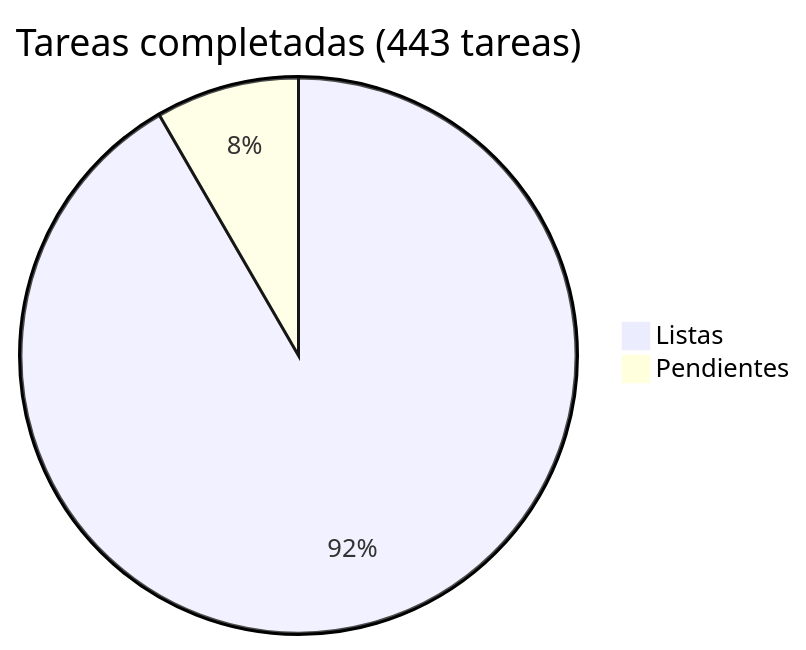
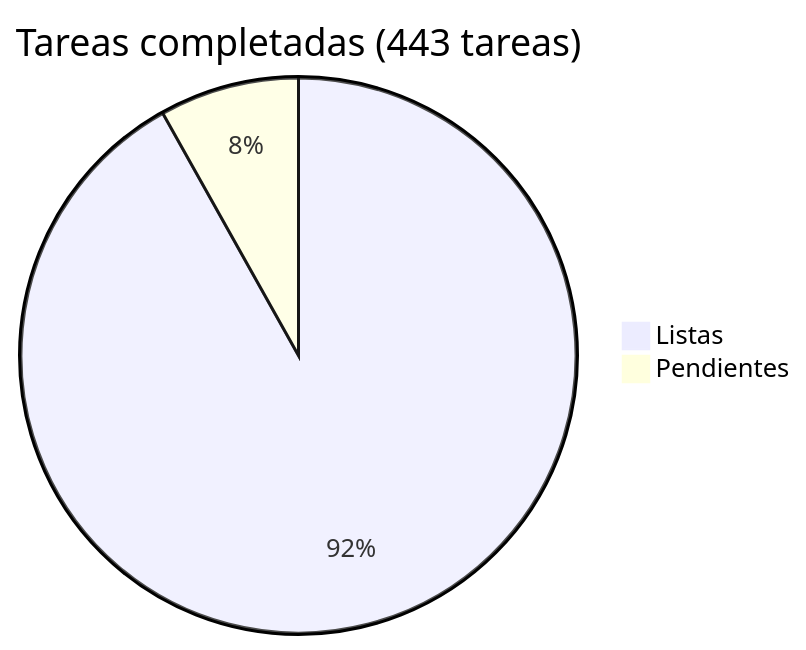
One commit to araguaney-lat/araguaney changed the diagram in docs/roadmap/README.md. Above: the diagram before and after it, drawn with Mermaid. The commit also changed other lines of this file and 10 other files, not shown here.

````diff
--- a/docs/roadmap/README.md
+++ b/docs/roadmap/README.md
@@ -5,5 +5,5 @@
 ```mermaid
 pie title Tareas completadas (443 tareas)
-    "Listas" : 406
-    "Pendientes" : 37
+    "Listas" : 407
+    "Pendientes" : 36
 ```
````
